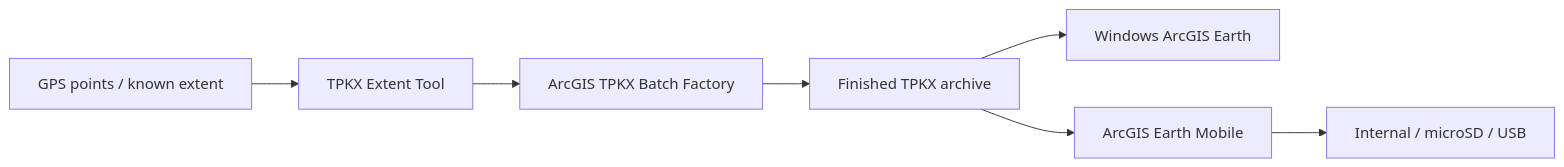
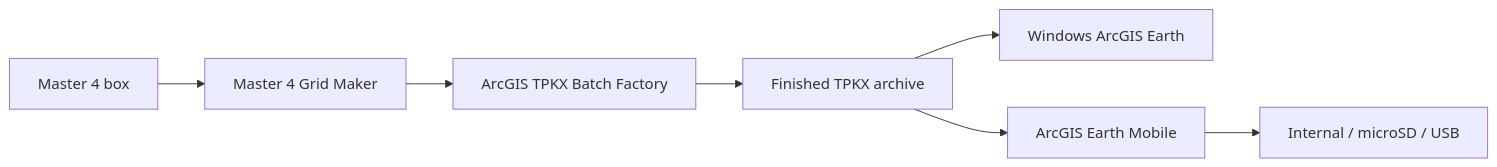
The diagram in README.md (Jim-dc95811/ArcGIS-Earth-Offline-Maps-Chartplotting), drawn with Mermaid before and after one commit. The commit also changed other lines of this file and 5 other files, not shown here.

First line of the commit message:
Retire TPKX Extent Tool v2 in favor of the Master 4 Grid Maker

````diff
--- a/README.md
+++ b/README.md
@@ -93,9 +90,9 @@
 ```mermaid
 flowchart LR
-    A[GPS points / known extent] --> B[TPKX Extent Tool]
+    A[Master 4 box] --> B[Master 4 Grid Maker]
     B --> C[ArcGIS TPKX Batch Factory]
     C --> D[Finished TPKX archive]
     D --> E[Windows ArcGIS Earth]
     D --> F[ArcGIS Earth Mobile]
     F --> G[Internal / microSD / USB]
 ```
````
